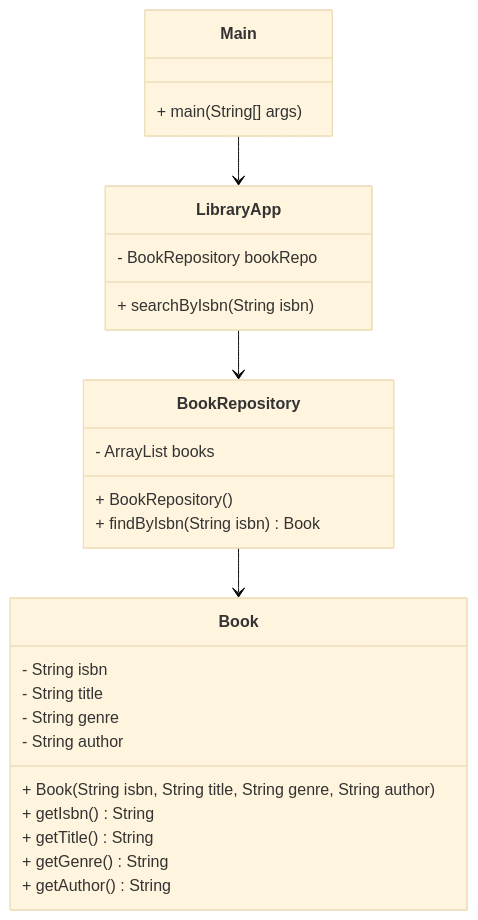
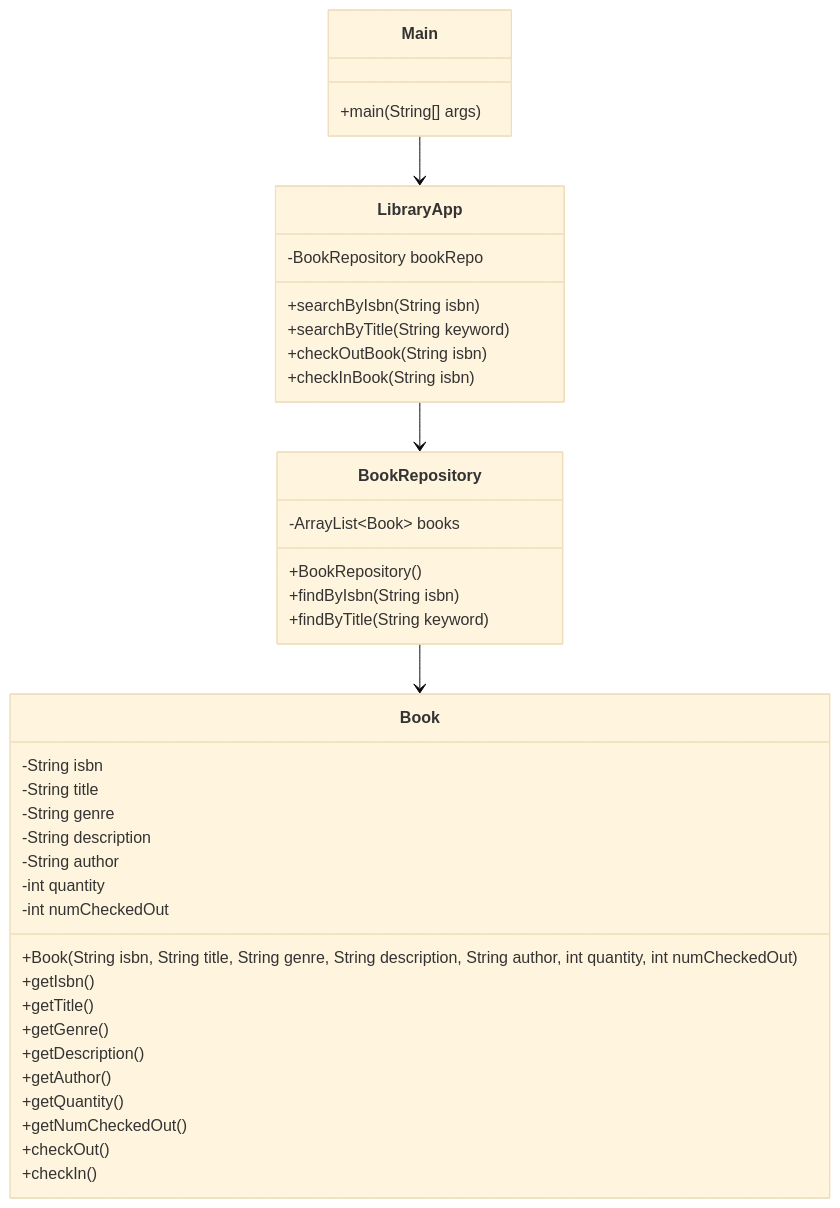
One commit to Chen-Abudi/library-app-java changed the diagram in README.md. Above: the diagram before and after it, drawn with Mermaid (base theme). The commit also changed other lines of this file and 3 other files, not shown here.

````diff
--- a/README.md
+++ b/README.md
@@ -34,38 +34,47 @@
 ```mermaid
 
 classDiagram
-    class Main {
-        + main(String[] args)
-    }
-
-    class LibraryApp {
-        - BookRepository bookRepo
-        + searchByIsbn(String isbn)
-    }
-
-    class BookRepository {
-        - ArrayList<Book> books
-        + BookRepository()
-        + findByIsbn(String isbn) Book
-    }
-
-    class Book {
-        - String isbn
-        - String title
-        - String genre
-        - String author
-        + Book(String isbn, String title, String genre, String author)
-        + getIsbn() String
-        + getTitle() String
-        + getGenre() String
-        + getAuthor() String
-    }
-
     Main --> LibraryApp
     LibraryApp --> BookRepository
     BookRepository --> Book
 
+    class Main {
+        +main(String[] args)
+    }
 
+    class LibraryApp {
+        -BookRepository bookRepo
+        +searchByIsbn(String isbn)
+        +searchByTitle(String keyword)
+        +checkOutBook(String isbn)
+        +checkInBook(String isbn)
+    }
 
+    class BookRepository {
+        -ArrayList~Book~ books
+        +BookRepository()
+        +findByIsbn(String isbn)
+        +findByTitle(String keyword)
+    }
+
+    class Book {
+        -String isbn
+        -String title
+        -String genre
+        -String description
+        -String author
+        -int quantity
+        -int numCheckedOut
+        +Book(String isbn, String title, String genre, String description, String author, int quantity, int numCheckedOut)
+        +getIsbn()
+        +getTitle()
+        +getGenre()
+        +getDescription()
+        +getAuthor()
+        +getQuantity()
+        +getNumCheckedOut()
+        +checkOut()
+        +checkIn()
+    }
 
 ```
````
